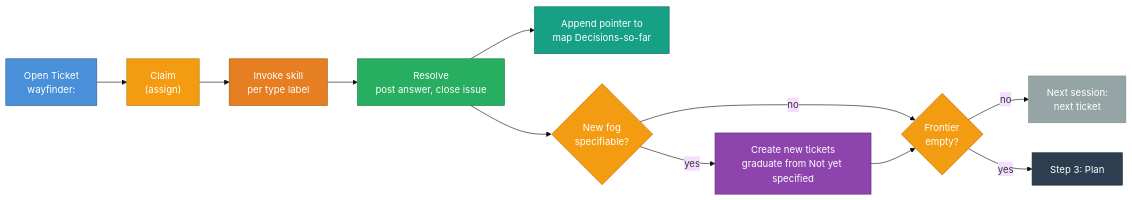
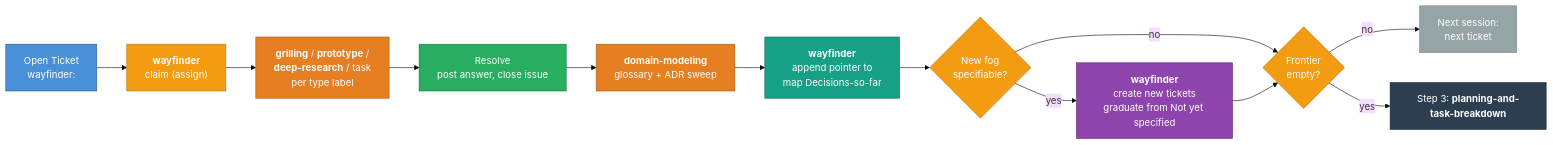
The third of 5 diagrams in README.md (weselben/RooForge), drawn with Mermaid (base theme) before and after one commit. The commit also changed other lines of this file, not shown here.

Commit message:
docs(readme): restore full RooForge README with install prompt, prerequisites, and 5 annotated flow diagrams

````diff
--- a/README.md
+++ b/README.md
@@ -90,24 +142,26 @@
 ```mermaid
 flowchart LR
-    Ticket["Open Ticket<br/>wayfinder:<type>"] --> Claim["Claim<br/>(assign)"]
-    Claim --> Skill["Invoke skill<br/>per type label"]
+    Ticket["Open Ticket<br/>wayfinder:<type>"] --> Claim["<b>wayfinder</b><br/>claim (assign)"]
+    Claim --> Skill["<b>grilling</b> / <b>prototype</b> /<br/><b>deep-research</b> / task<br/>per type label"]
     Skill --> Resolve["Resolve<br/>post answer, close issue"]
-    Resolve --> Pointer["Append pointer to<br/>map Decisions-so-far"]
-    Resolve --> Fog{"New fog<br/>specifiable?"}
-    Fog -->|"yes"| NewTickets["Create new tickets<br/>graduate from Not yet specified"]
+    Resolve --> Sweep["<b>domain-modeling</b><br/>glossary + ADR sweep"]
+    Sweep --> Pointer["<b>wayfinder</b><br/>append pointer to<br/>map Decisions-so-far"]
+    Pointer --> Fog{"New fog<br/>specifiable?"}
+    Fog -->|"yes"| NewTickets["<b>wayfinder</b><br/>create new tickets<br/>graduate from Not yet specified"]
     Fog -->|"no"| Frontier{"Frontier<br/>empty?"}
     NewTickets --> Frontier
     Frontier -->|"no"| NextTicket["Next session:<br/>next ticket"]
-    Frontier -->|"yes"| Plan["Step 3: Plan"]
+    Frontier -->|"yes"| Plan["Step 3: <b>planning-and-task-breakdown</b>"]
     
     style Ticket fill:#4A90D9,color:#fff,stroke:#2C5F8A
     style Claim fill:#F39C12,color:#fff,stroke:#B8750E
     style Skill fill:#E67E22,color:#fff,stroke:#A05A15
     style Resolve fill:#27AE60,color:#fff,stroke:#1A7A42
+    style Sweep fill:#E67E22,color:#fff,stroke:#A05A15
     style Pointer fill:#16A085,color:#fff,stroke:#0E6655
     style Fog fill:#F39C12,color:#fff,stroke:#B8750E
     style NewTickets fill:#8E44AD,color:#fff,stroke:#5B2D6E
     style Frontier fill:#F39C12,color:#fff,stroke:#B8750E
     style NextTicket fill:#95A5A6,color:#fff,stroke:#7F8C8D
     style Plan fill:#2C3E50,color:#fff,stroke:#1A252F
 ```
````
